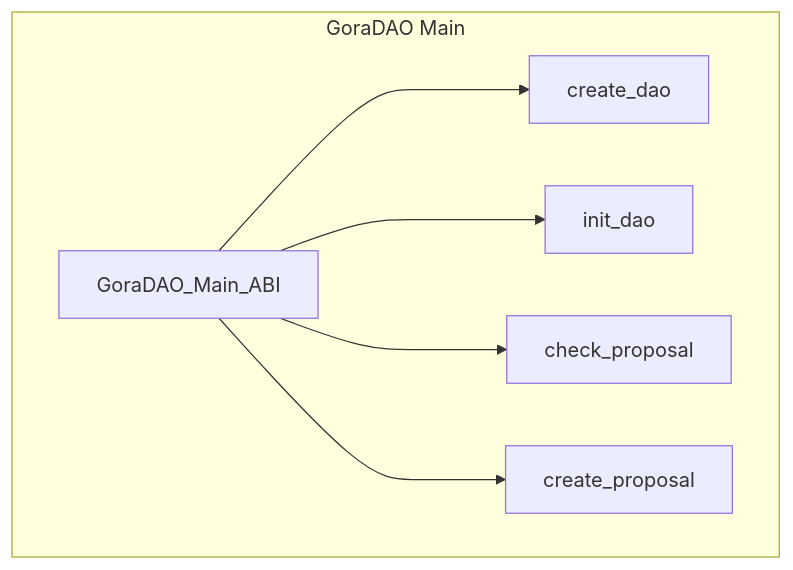
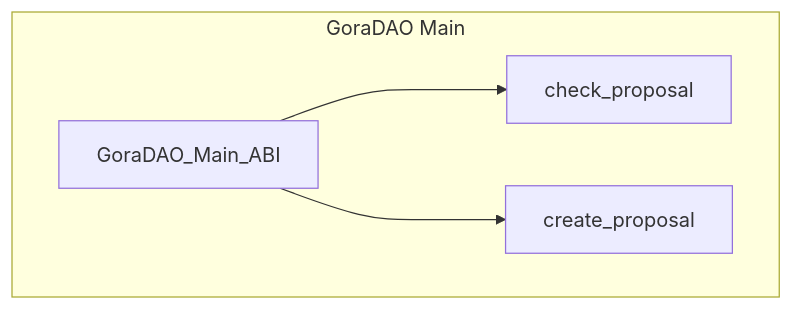
One commit to GoraNetwork/gora-dao-smartcontracts changed the sixth of 6 diagrams in README.md. Above: the diagram before and after it, drawn with Mermaid.

````diff
--- a/README.md
+++ b/README.md
@@ -200,18 +200,16 @@
 ```mermaid
 
 graph TB
  
       subgraph GoraDAO Main
             GoraDAO_Main[GoraDAO_Main_ABI]
-            GoraDAO_Create[create_dao]
-            GoraDAO_Init[init_dao]
+
             GoraDAO_Check_Proposal[check_proposal]
             GoraDAO_Create_Proposal[create_proposal]
         end
       
-      GoraDAO_Main[GoraDAO_Main_ABI] ---> GoraDAO_Create
-      GoraDAO_Main[GoraDAO_Main_ABI] ---> GoraDAO_Init
+
       GoraDAO_Main[GoraDAO_Main_ABI] ---> GoraDAO_Check_Proposal
       GoraDAO_Main[GoraDAO_Main_ABI] ---> GoraDAO_Create_Proposal
 
 ```
````
